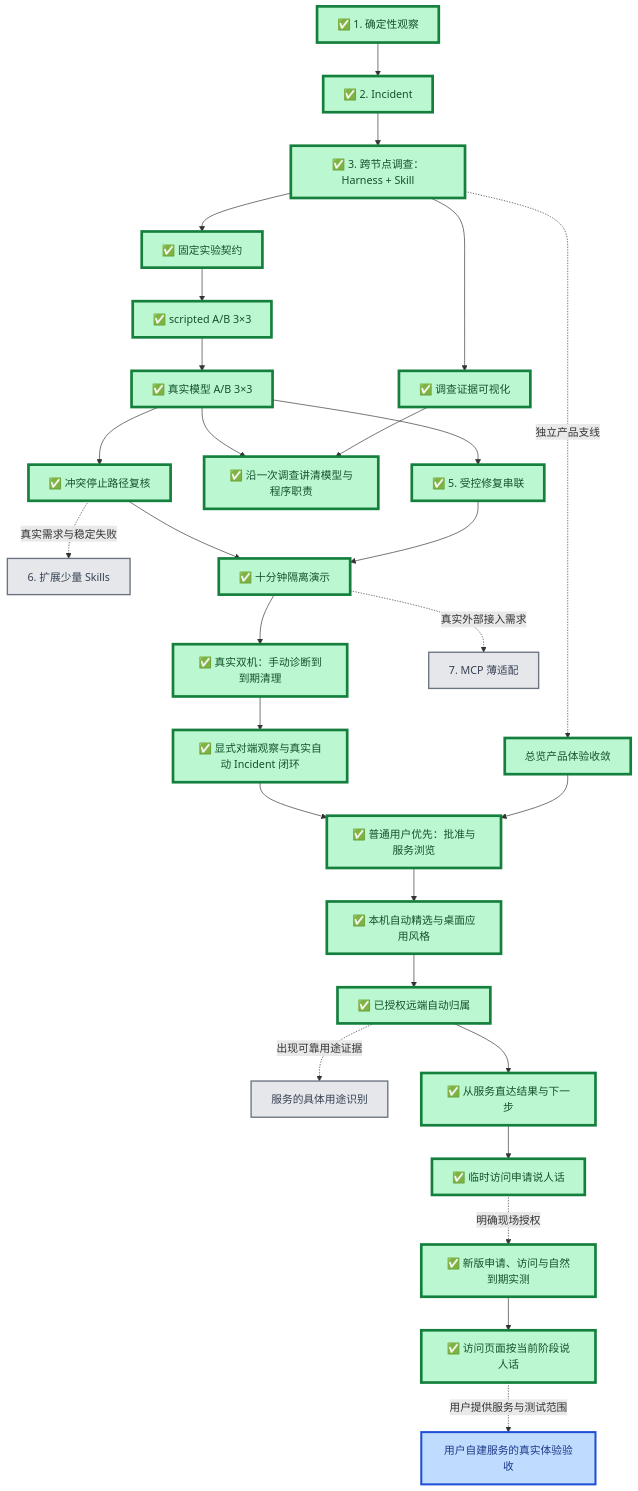
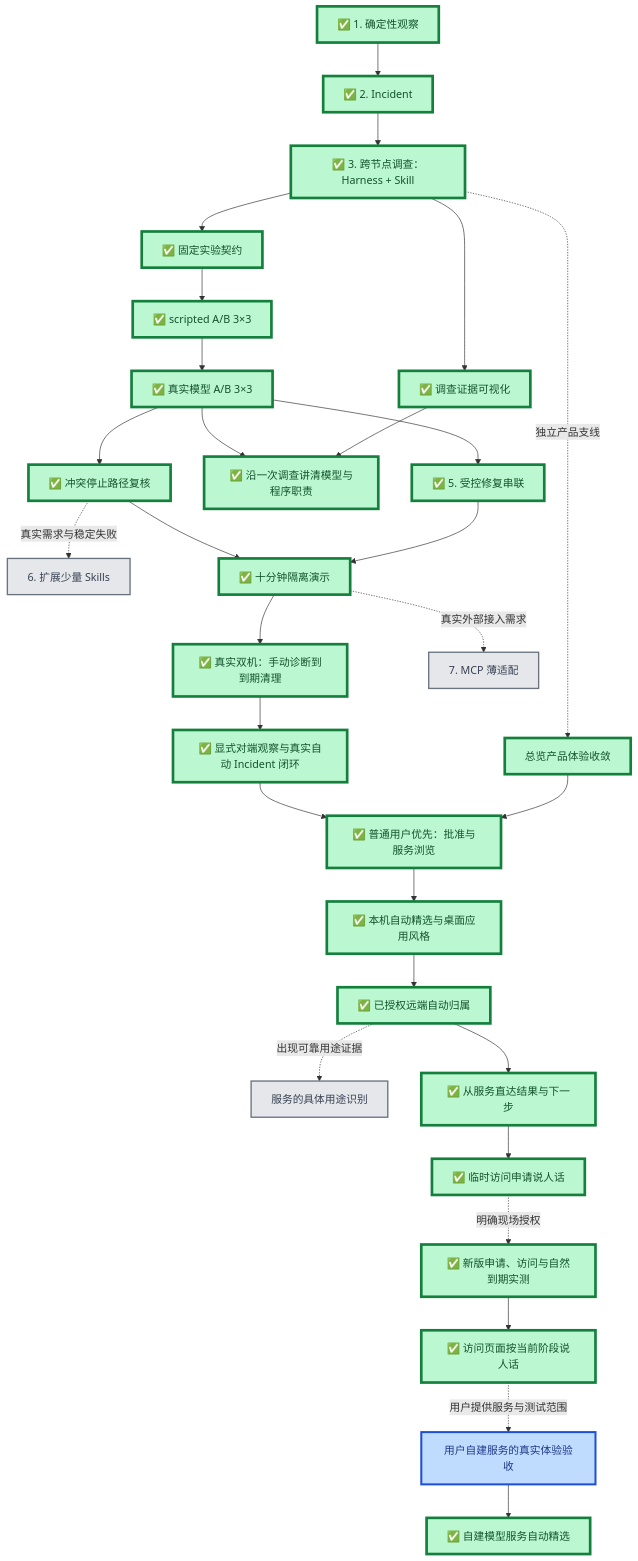
One commit to Sugarfarmeriod/TunnelMinion changed the first of 2 diagrams in docs/project/roadmap.md. Above: the diagram before and after it, drawn with Mermaid. The commit also changed other lines of this file and 7 other files, not shown here.

````diff
--- a/docs/project/roadmap.md
+++ b/docs/project/roadmap.md
@@ -8,52 +8,54 @@
 ```mermaid
 flowchart TB
     A["✅ 1. 确定性观察"] --> B["✅ 2. Incident"]
     B --> C["✅ 3. 跨节点调查：Harness + Skill"]
 
     C --> D1["✅ 固定实验契约"]
     D1 --> D2["✅ scripted A/B 3×3"]
     D2 --> D3["✅ 真实模型 A/B 3×3"]
 
     D3 --> E["✅ 5. 受控修复串联"]
     C --> V["✅ 调查证据可视化"]
     V --> W["✅ 沿一次调查讲清模型与程序职责"]
     D3 --> W
     D3 --> F["✅ 冲突停止路径复核"]
     F -.真实需求与稳定失败.-> K["6. 扩展少量 Skills"]
     E --> H["✅ 十分钟隔离演示"]
     F --> H
     H --> R["✅ 真实双机：手动诊断到到期清理"]
     R --> I["✅ 显式对端观察与真实自动 Incident 闭环"]
     H -.真实外部接入需求.-> G["7. MCP 薄适配"]
 
     C -.独立产品支线.-> U["总览产品体验收敛"]
     U --> P["✅ 普通用户优先：批准与服务浏览"]
     I --> P
     P --> Q["✅ 本机自动精选与桌面应用风格"]
     Q --> Q2["✅ 已授权远端自动归属"]
     Q2 -.出现可靠用途证据.-> Q3["服务的具体用途识别"]
     Q2 --> Q4["✅ 从服务直达结果与下一步"]
     Q4 --> Q5["✅ 临时访问申请说人话"]
     Q5 -.明确现场授权.-> Q6["✅ 新版申请、访问与自然到期实测"]
     Q6 --> Q7["✅ 访问页面按当前阶段说人话"]
     Q7 -.用户提供服务与测试范围.-> Q8["用户自建服务的真实体验验收"]
+    Q8 --> Q9["✅ 自建模型服务自动精选"]
 
     classDef done fill:#bbf7d0,stroke:#15803d,stroke-width:4px,color:#14532d;
     classDef current fill:#fde68a,stroke:#b45309,stroke-width:5px,color:#78350f;
     classDef next fill:#bfdbfe,stroke:#1d4ed8,stroke-width:3px,color:#1e3a8a;
     classDef later fill:#e5e7eb,stroke:#6b7280,stroke-width:2px,color:#374151;
     class A,B,C,D1,D2,D3,E,F,H,R,V done;
     class U done;
     class W done;
     class I done;
     class G,K later;
     class P done;
     class Q done;
     class Q2 done;
     class Q3 later;
     class Q4 done;
     class Q5 done;
     class Q6 done;
     class Q7 done;
     class Q8 next;
+    class Q9 done;
 ```
````
